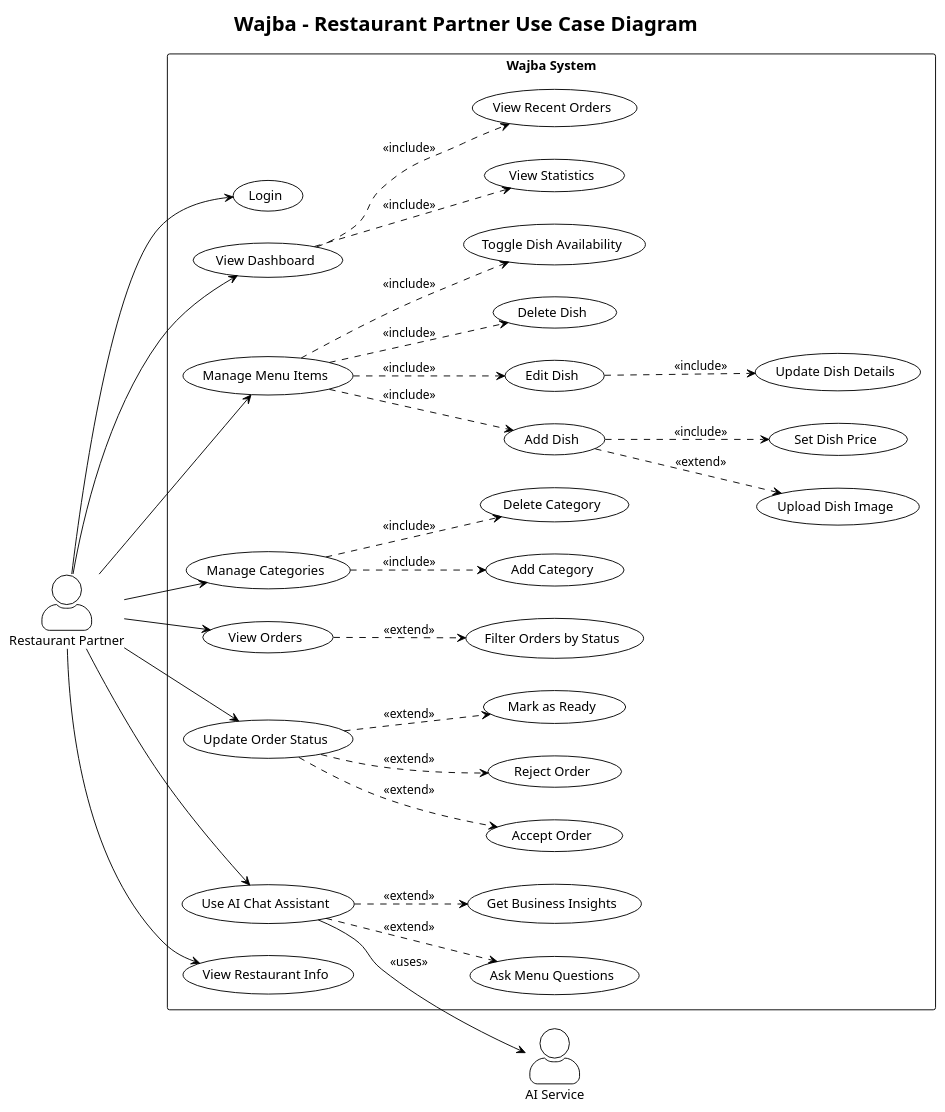
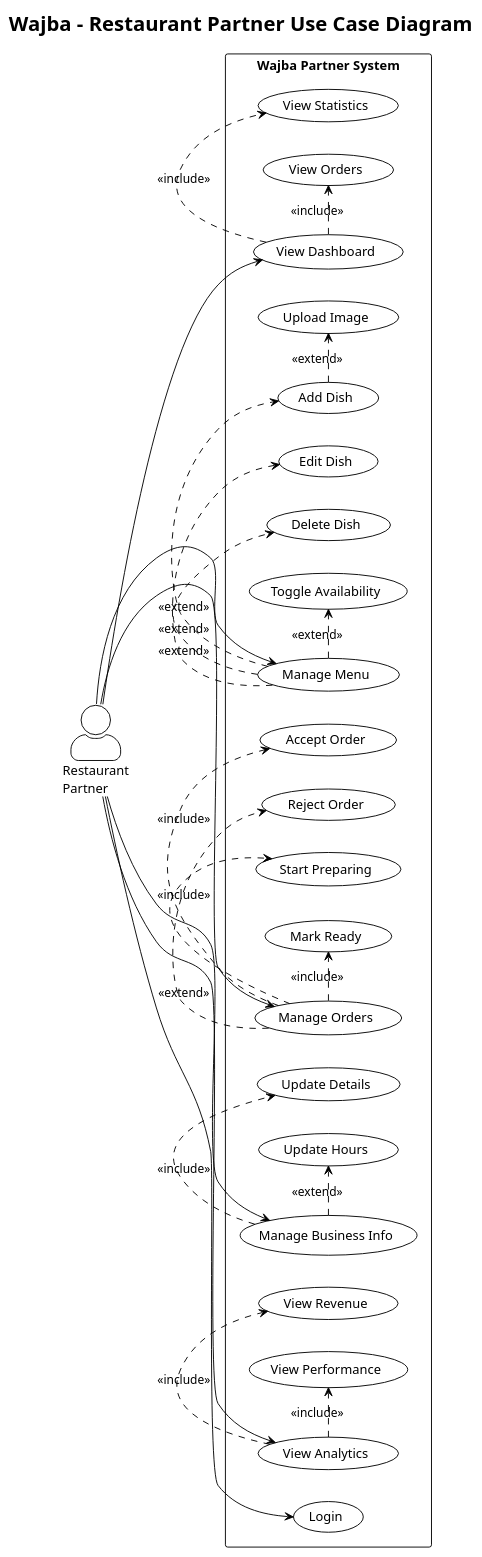
The diagram in diagrams/usecase-partner.puml (mmahmood233/SmartBite), drawn with PlantUML before and after one commit. The commit also changed 127 other files, not shown here.

First line of the commit message:
docs: add comprehensive order flow documentation and data management scripts

```diff
--- a/diagrams/usecase-partner.puml
+++ b/diagrams/usecase-partner.puml
@@ -1,94 +1,80 @@
-@startuml Restaurant Partner Use Case Diagram
+@startuml Partner Use Case
 !theme plain
 skinparam actorStyle awesome
 
 title Wajba - Restaurant Partner Use Case Diagram
 
 left to right direction
 
-actor "Restaurant Partner" as P
-actor "AI Service" as AI
+actor "Restaurant\nPartner" as P
 
-rectangle "Wajba System" {
+rectangle "Wajba Partner System" {
+  
   ' Authentication
   usecase "Login" as UC1
   
   ' Dashboard
   usecase "View Dashboard" as UC2
   usecase "View Statistics" as UC2A
-  usecase "View Recent Orders" as UC2B
+  usecase "View Orders" as UC2B
   
   ' Menu Management
-  usecase "Manage Menu Items" as UC3
-  usecase "Add Dish" as UC4
-  usecase "Upload Dish Image" as UC4A
-  usecase "Set Dish Price" as UC4B
-  usecase "Edit Dish" as UC5
-  usecase "Update Dish Details" as UC5A
-  usecase "Delete Dish" as UC6
-  usecase "Toggle Dish Availability" as UC7
-  
-  ' Category Management
-  usecase "Manage Categories" as UC8
-  usecase "Add Category" as UC9
-  usecase "Delete Category" as UC10
+  usecase "Manage Menu" as UC3
+  usecase "Add Dish" as UC3A
+  usecase "Edit Dish" as UC3B
+  usecase "Delete Dish" as UC3C
+  usecase "Toggle Availability" as UC3D
+  usecase "Upload Image" as UC3E
   
   ' Order Management
-  usecase "View Orders" as UC11
-  usecase "Filter Orders by Status" as UC11A
-  usecase "Update Order Status" as UC12
-  usecase "Accept Order" as UC12A
-  usecase "Reject Order" as UC12B
-  usecase "Mark as Ready" as UC12C
+  usecase "Manage Orders" as UC4
+  usecase "Accept Order" as UC4A
+  usecase "Reject Order" as UC4B
+  usecase "Start Preparing" as UC4C
+  usecase "Mark Ready" as UC4D
   
-  ' AI Assistant
-  usecase "Use AI Chat Assistant" as UC13
-  usecase "Ask Menu Questions" as UC13A
-  usecase "Get Business Insights" as UC13B
+  ' Business Info
+  usecase "Manage Business Info" as UC5
+  usecase "Update Details" as UC5A
+  usecase "Update Hours" as UC5B
   
-  ' Restaurant Info
-  usecase "View Restaurant Info" as UC14
+  ' Analytics
+  usecase "View Analytics" as UC6
+  usecase "View Revenue" as UC6A
+  usecase "View Performance" as UC6B
 }
 
 ' Partner relationships
 P --> UC1
 P --> UC2
 P --> UC3
-P --> UC8
-P --> UC11
-P --> UC12
-P --> UC13
-P --> UC14
+P --> UC4
+P --> UC5
+P --> UC6
 
 ' Dashboard includes
-UC2 ..> UC2A : <<include>>
-UC2 ..> UC2B : <<include>>
+UC2 .> UC2A : <<include>>
+UC2 .> UC2B : <<include>>
 
-' Menu Management includes
-UC3 ..> UC4 : <<include>>
-UC3 ..> UC5 : <<include>>
-UC3 ..> UC6 : <<include>>
-UC3 ..> UC7 : <<include>>
+' Menu Management
+UC3 .> UC3A : <<extend>>
+UC3 .> UC3B : <<extend>>
+UC3 .> UC3C : <<extend>>
+UC3 .> UC3D : <<extend>>
+UC3A .> UC3E : <<extend>>
 
-UC4 ..> UC4A : <<extend>>
-UC4 ..> UC4B : <<include>>
-UC5 ..> UC5A : <<include>>
+' Order Management
+UC4 .> UC4A : <<include>>
+UC4 .> UC4B : <<extend>>
+UC4 .> UC4C : <<include>>
+UC4 .> UC4D : <<include>>
 
-' Category Management includes
-UC8 ..> UC9 : <<include>>
-UC8 ..> UC10 : <<include>>
+' Business Info
+UC5 .> UC5A : <<include>>
+UC5 .> UC5B : <<extend>>
 
-' Order Management includes
-UC11 ..> UC11A : <<extend>>
-UC12 ..> UC12A : <<extend>>
-UC12 ..> UC12B : <<extend>>
-UC12 ..> UC12C : <<extend>>
-
-' AI Assistant includes
-UC13 ..> UC13A : <<extend>>
-UC13 ..> UC13B : <<extend>>
-
-' External actor relationships
-UC13 --> AI : <<uses>>
+' Analytics
+UC6 .> UC6A : <<include>>
+UC6 .> UC6B : <<include>>
 
 @enduml
```
